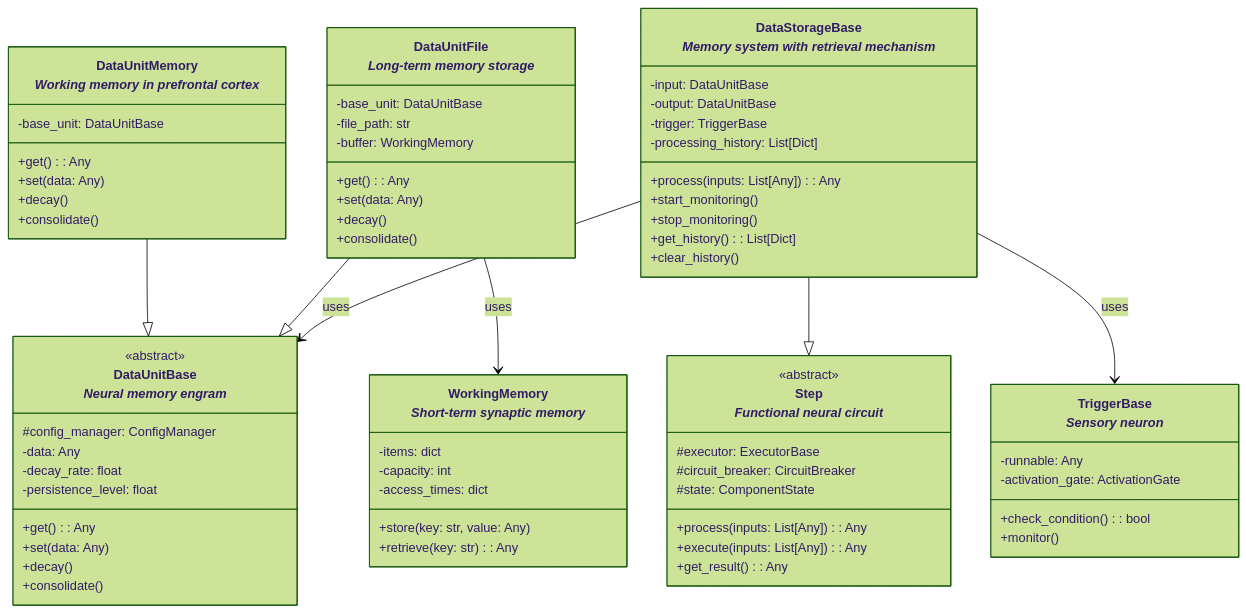
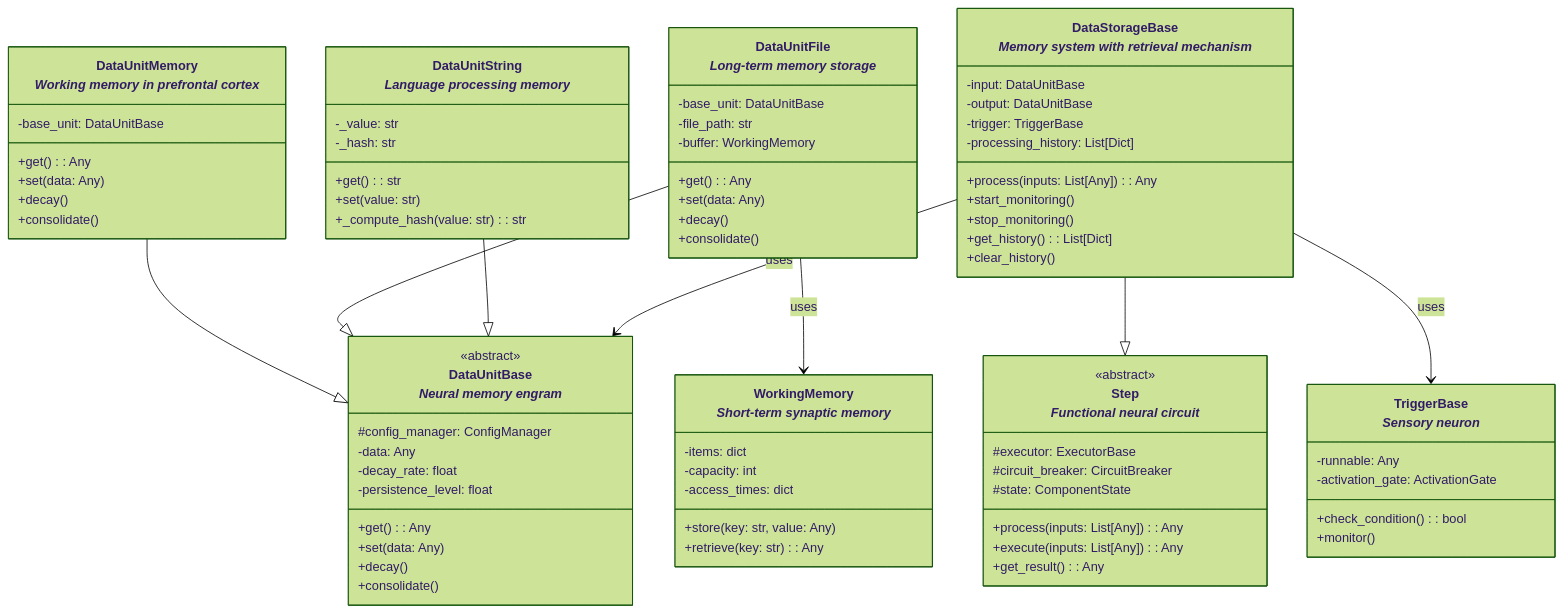
Before and after one commit to AlexandrNP/nanobrain: the third of 9 diagrams in docs/UML.md, drawn with Mermaid (forest theme). The commit also changed other lines of this file and 109 other files, not shown here.

```diff
--- a/docs/UML.md
+++ b/docs/UML.md
@@ -106,6 +111,14 @@
         +set(data: Any)
         +decay()
         +consolidate()
+    }
+    
+    class DataUnitString["DataUnitString<br><i>Language processing memory</i>"] {
+        -_value: str
+        -_hash: str
+        +get() : str
+        +set(value: str)
+        +_compute_hash(value: str) : str
     }
     
     class WorkingMemory["WorkingMemory<br><i>Short-term synaptic memory</i>"] {
@@ -147,6 +160,7 @@
 
     DataUnitMemory --|> DataUnitBase
     DataUnitFile --|> DataUnitBase
+    DataUnitString --|> DataUnitBase
     DataUnitFile --> WorkingMemory : uses
     DataStorageBase --|> Step
     DataStorageBase --> DataUnitBase : uses
```
